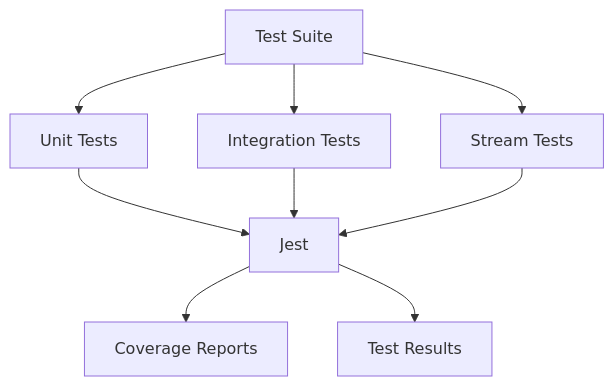
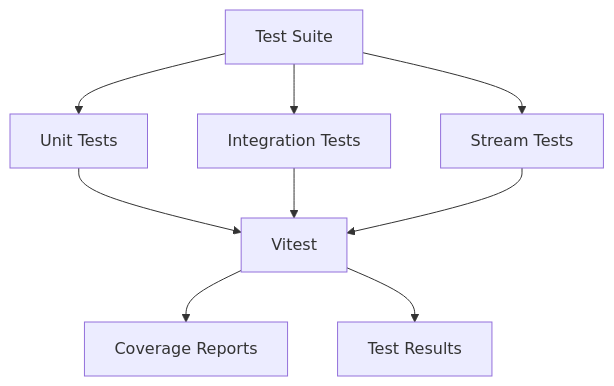
The sixth of 8 diagrams in site-rebuild/docs/tech-stack.md (SpinbitZ/SpinbitZ), drawn with Mermaid before and after one commit. The commit also changed other lines of this file and 12 other files, not shown here.

````diff
--- a/site-rebuild/docs/tech-stack.md
+++ b/site-rebuild/docs/tech-stack.md
@@ -142,13 +142,13 @@
 ```mermaid
 graph TD
     A[Test Suite] --> B[Unit Tests]
     A --> C[Integration Tests]
     A --> D[Stream Tests]
     
-    B --> E[Jest]
+    B --> E[Vitest]
     C --> E
     D --> E
     
     E --> F[Coverage Reports]
     E --> G[Test Results]
 ```
````
